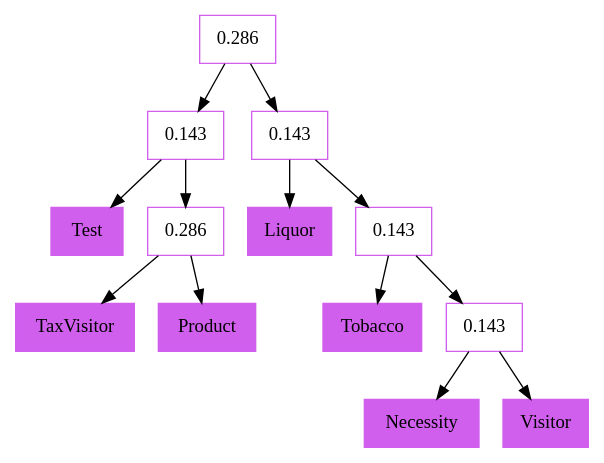
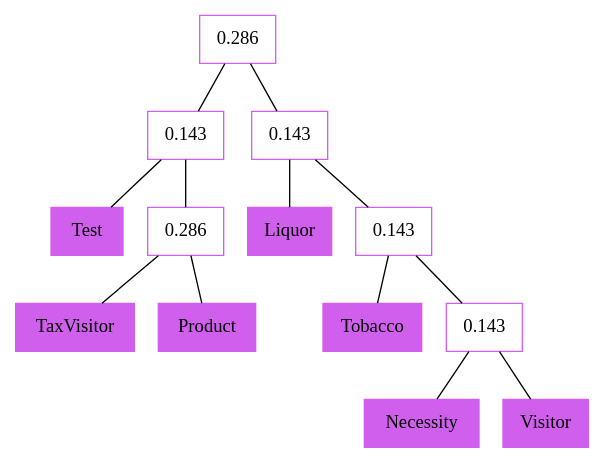
One commit to doha-chemaou/TP3_evolution_restructuration changed the diagram in FILALI_Yasmine_&_CHEMAOU_Doha_tp_3_doha/tp2/dot_clustering.dot. Above: the diagram before and after it, drawn with Graphviz. The commit also changed 7 other files, not shown here.

```diff
--- a/FILALI_Yasmine_&_CHEMAOU_Doha_tp_3_doha/tp2/dot_clustering.dot
+++ b/FILALI_Yasmine_&_CHEMAOU_Doha_tp_3_doha/tp2/dot_clustering.dot
@@ -1,28 +1,29 @@
 digraph G{
+edge [dir=none]
 node1 [style = filled, color = mediumorchid2, label=Test, shape = rectangle]
 node2 [color = mediumorchid2, label="0.143", shape = rectangle]
 node2 -> node1
 node2 -> node5
 node3 [style = filled, color = mediumorchid2, label=TaxVisitor, shape = rectangle]
 node4 [style = filled, color = mediumorchid2, label=Product, shape = rectangle]
 node5 [color = mediumorchid2, label="0.286", shape = rectangle]
 node5 -> node3
 node5 -> node4
 node6 [style = filled, color = mediumorchid2, label=Liquor, shape = rectangle]
 node7 [color = mediumorchid2, label="0.143", shape = rectangle]
 node7 -> node6
 node7 -> node9
 node8 [style = filled, color = mediumorchid2, label=Tobacco, shape = rectangle]
 node9 [color = mediumorchid2, label="0.143", shape = rectangle]
 node9 -> node8
 node9 -> node12
 node10 [style = filled, color = mediumorchid2, label=Necessity, shape = rectangle]
 node11 [style = filled, color = mediumorchid2, label=Visitor, shape = rectangle]
 node12 [color = mediumorchid2, label="0.143", shape = rectangle]
 node12 -> node10
 node12 -> node11
 
 node13 [color = mediumorchid2, label="0.286", shape = rectangle]
 node13 -> node2
 node13 -> node7
 }
```
